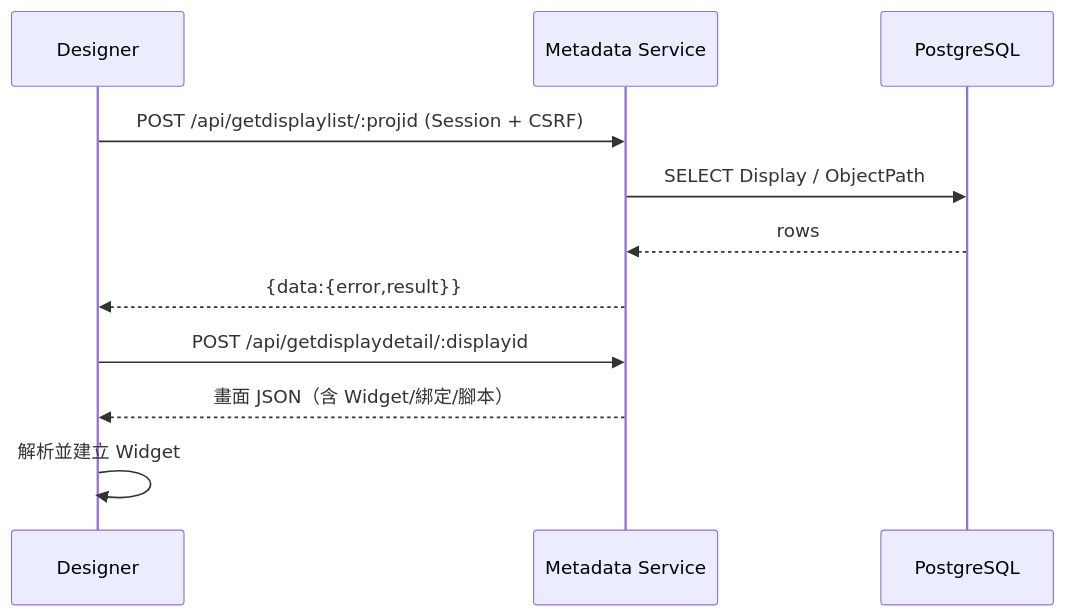
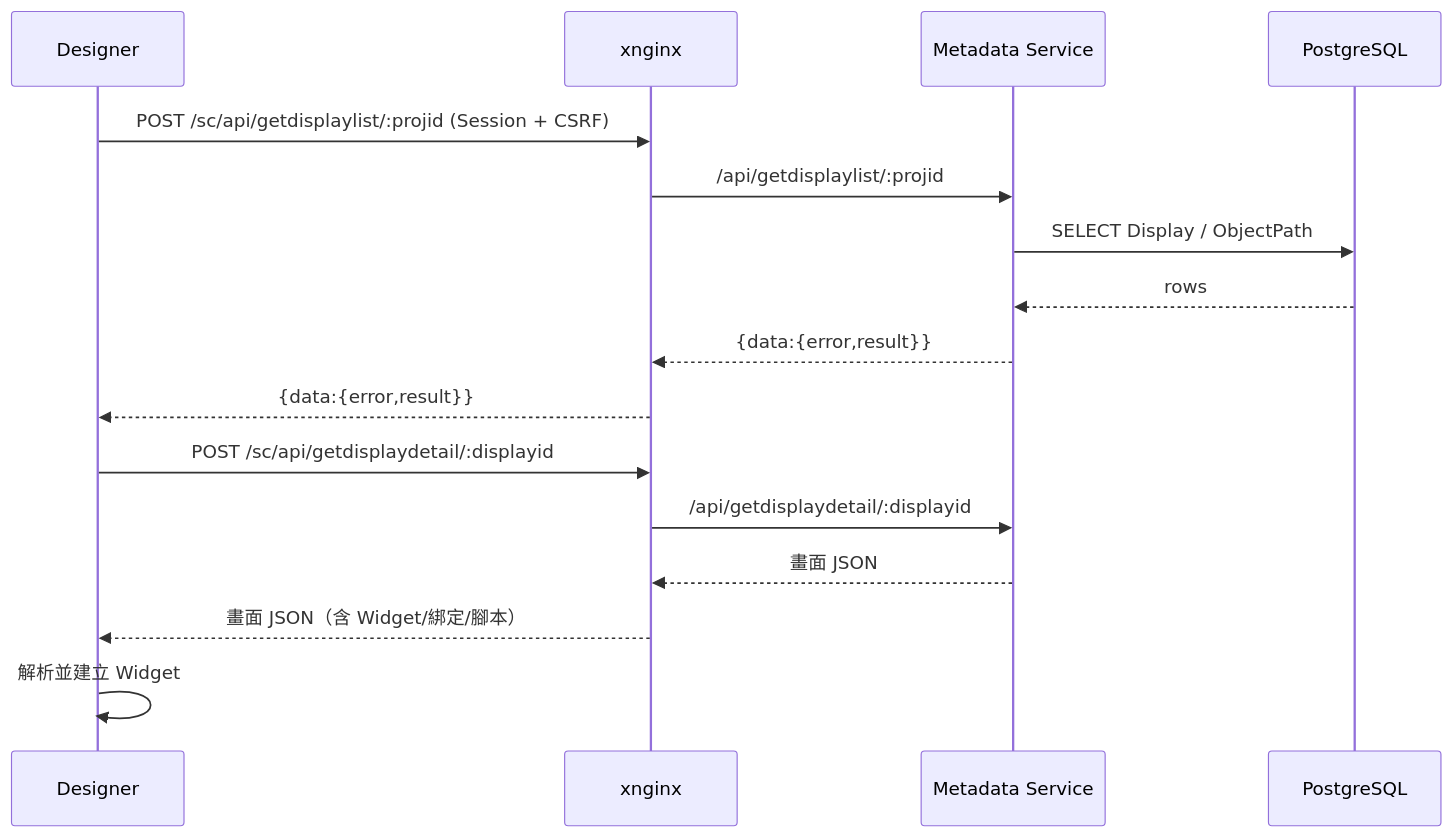
The fifth of 8 diagrams in SDS/02_System_Architecture.md (PochengChen-del/EdgeViewDoc), drawn with Mermaid before and after one commit. The commit also changed other lines of this file and 19 other files, not shown here.

````diff
--- a/SDS/02_System_Architecture.md
+++ b/SDS/02_System_Architecture.md
@@ -203,13 +232,18 @@
 ```mermaid
 sequenceDiagram
     participant D as Designer
+    participant N as xnginx
     participant M as Metadata Service
     participant P as PostgreSQL
-    D->>M: POST /api/getdisplaylist/:projid (Session + CSRF)
+    D->>N: POST /sc/api/getdisplaylist/:projid (Session + CSRF)
+    N->>M: /api/getdisplaylist/:projid
     M->>P: SELECT Display / ObjectPath
     P-->>M: rows
-    M-->>D: {data:{error,result}}
-    D->>M: POST /api/getdisplaydetail/:displayid
-    M-->>D: 畫面 JSON（含 Widget/綁定/腳本）
+    M-->>N: {data:{error,result}}
+    N-->>D: {data:{error,result}}
+    D->>N: POST /sc/api/getdisplaydetail/:displayid
+    N->>M: /api/getdisplaydetail/:displayid
+    M-->>N: 畫面 JSON
+    N-->>D: 畫面 JSON（含 Widget/綁定/腳本）
     D->>D: 解析並建立 Widget
 ```
````
